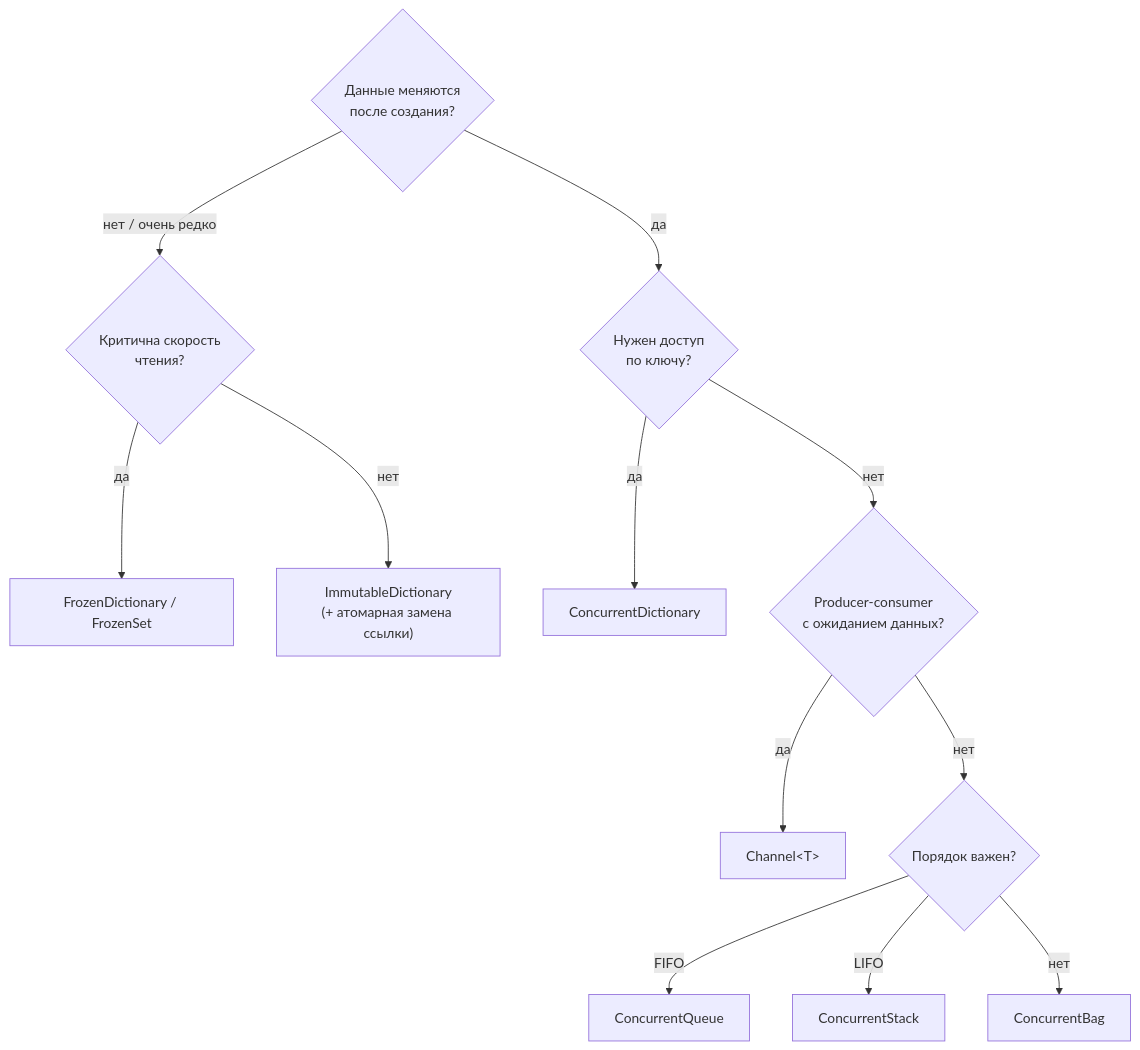
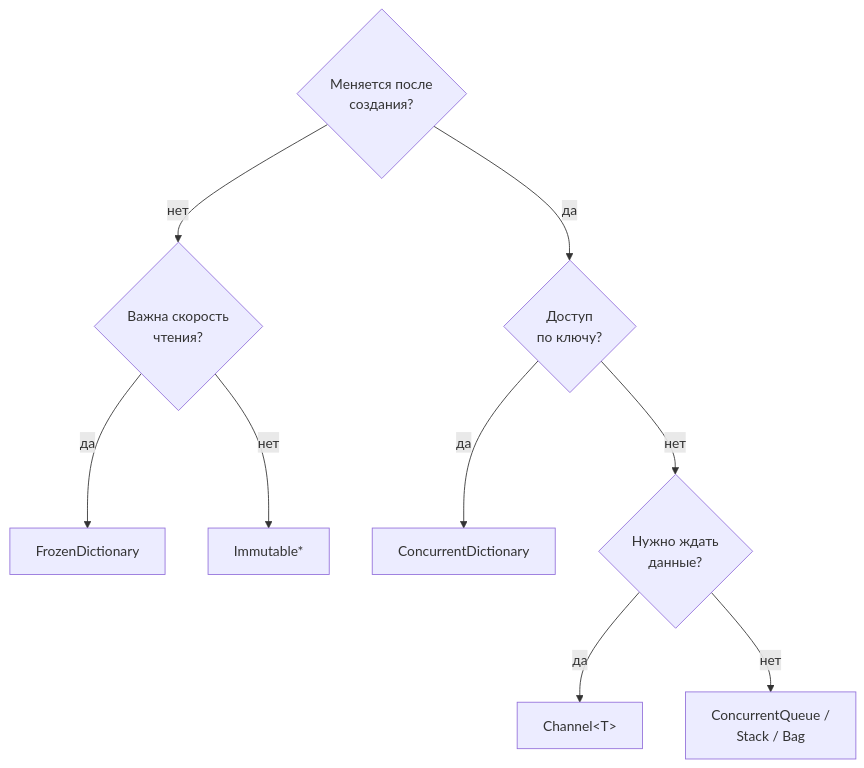
Before and after one commit to sh-sharifjonov/DotnetQuestionsForMiddle: the first of 3 diagrams in content/01-csharp-dotnet/23-concurrent-collections.md, drawn with Mermaid. The commit also changed other lines of this file and 51 other files, not shown here.

First line of the commit message:
Improve diagram layouts, warn about over-wide diagrams

````diff
--- a/content/01-csharp-dotnet/23-concurrent-collections.md
+++ b/content/01-csharp-dotnet/23-concurrent-collections.md
@@ -19,14 +19,11 @@
 ```mermaid Выбор коллекции для многопоточного сценария
 flowchart TD
-    A{"Данные меняются<br/>после создания?"} -- "нет / очень редко" --> B{"Критична скорость<br/>чтения?"}
-    B -- да --> FR["FrozenDictionary / FrozenSet"]:::good
-    B -- нет --> IM["ImmutableDictionary<br/>(+ атомарная замена ссылки)"]
-    A -- да --> C{"Нужен доступ<br/>по ключу?"}
+    A{"Меняется после<br/>создания?"} -- "нет" --> B{"Важна скорость<br/>чтения?"}
+    B -- да --> FR["FrozenDictionary"]:::good
+    B -- нет --> IM["Immutable*"]
+    A -- да --> C{"Доступ<br/>по ключу?"}
     C -- да --> CD["ConcurrentDictionary"]:::good
-    C -- нет --> D{"Producer-consumer<br/>с ожиданием данных?"}
+    C -- нет --> D{"Нужно ждать<br/>данные?"}
     D -- да --> CH["Channel&lt;T&gt;"]:::good
-    D -- нет --> E{"Порядок важен?"}
-    E -- "FIFO" --> CQ["ConcurrentQueue"]
-    E -- "LIFO" --> CS["ConcurrentStack"]
-    E -- "нет" --> CB["ConcurrentBag"]
+    D -- нет --> CQ["ConcurrentQueue /<br/>Stack / Bag"]
 ```
````
